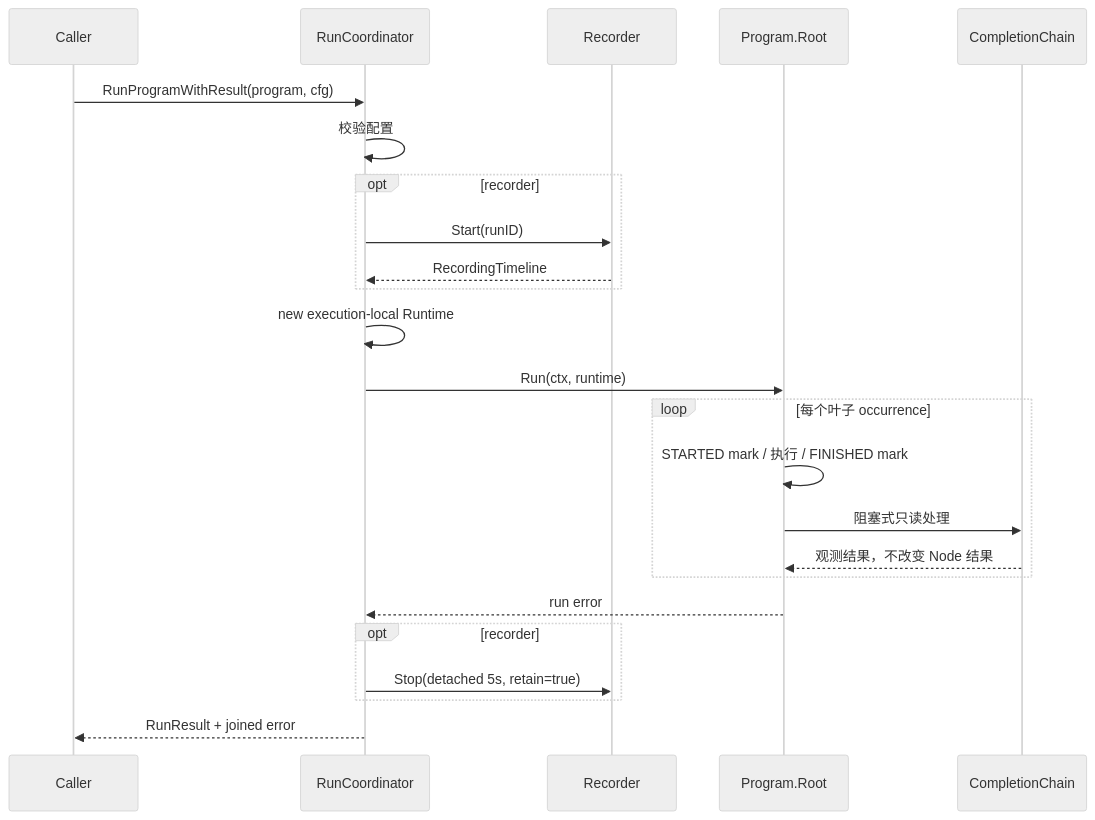
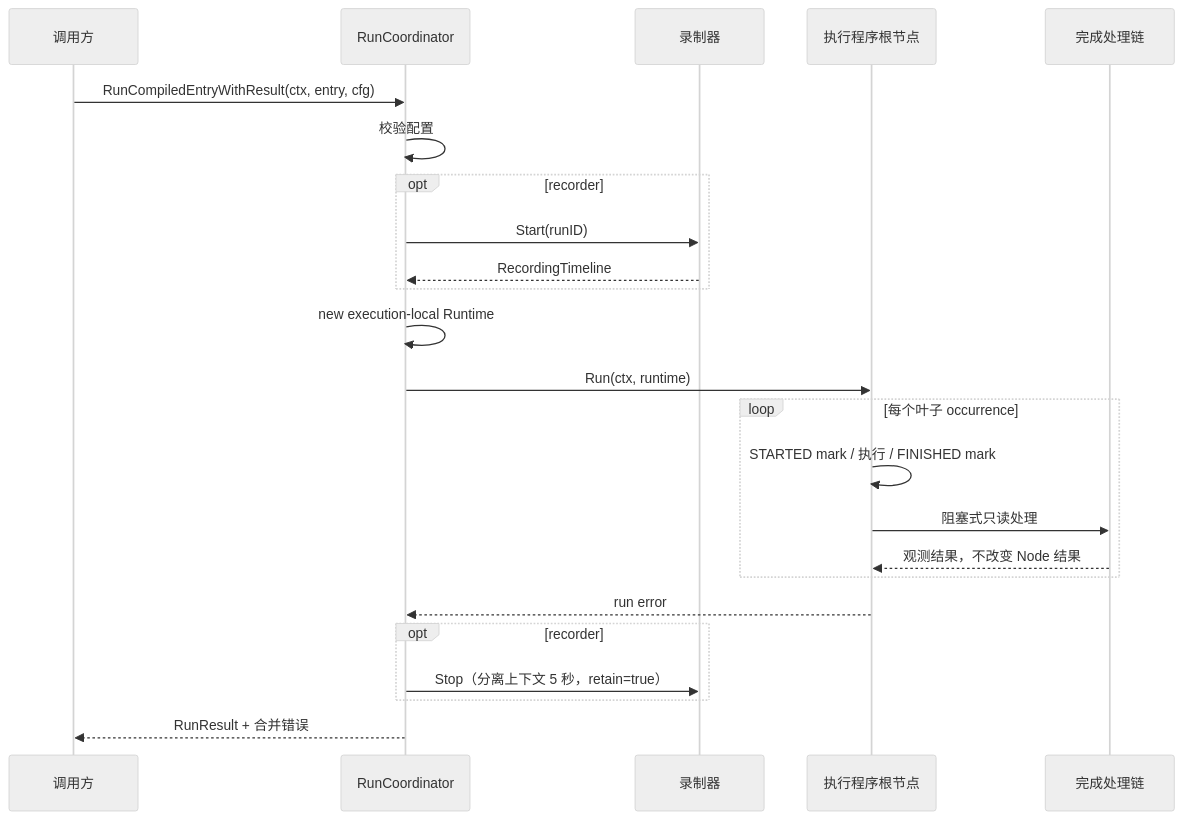
The diagram in docs/application/engine/run-program.md (Capsule7446/healix-core), drawn with Mermaid (neutral theme) before and after one commit. The commit also changed other lines of this file and 180 other files, not shown here.

````diff
--- a/docs/application/engine/run-program.md
+++ b/docs/application/engine/run-program.md
@@ -35,26 +35,26 @@
 ```mermaid
 sequenceDiagram
-    participant Caller
+    participant Caller as 调用方
     participant C as RunCoordinator
-    participant Recorder
-    participant Root as Program.Root
-    participant Chain as CompletionChain
-    Caller->>C: RunProgramWithResult(program, cfg)
+    participant Recorder as 录制器
+    participant Root as 执行程序根节点
+    participant Chain as 完成处理链
+    Caller->>C: RunCompiledEntryWithResult(ctx, entry, cfg)
     C->>C: 校验配置
     opt recorder
       C->>Recorder: Start(runID)
       Recorder-->>C: RecordingTimeline
     end
     C->>C: new execution-local Runtime
     C->>Root: Run(ctx, runtime)
     loop 每个叶子 occurrence
       Root->>Root: STARTED mark / 执行 / FINISHED mark
       Root->>Chain: 阻塞式只读处理
       Chain-->>Root: 观测结果，不改变 Node 结果
     end
     Root-->>C: run error
     opt recorder
-      C->>Recorder: Stop(detached 5s, retain=true)
+      C->>Recorder: Stop（分离上下文 5 秒，retain=true）
     end
-    C-->>Caller: RunResult + joined error
+    C-->>Caller: RunResult + 合并错误
 ```
````
